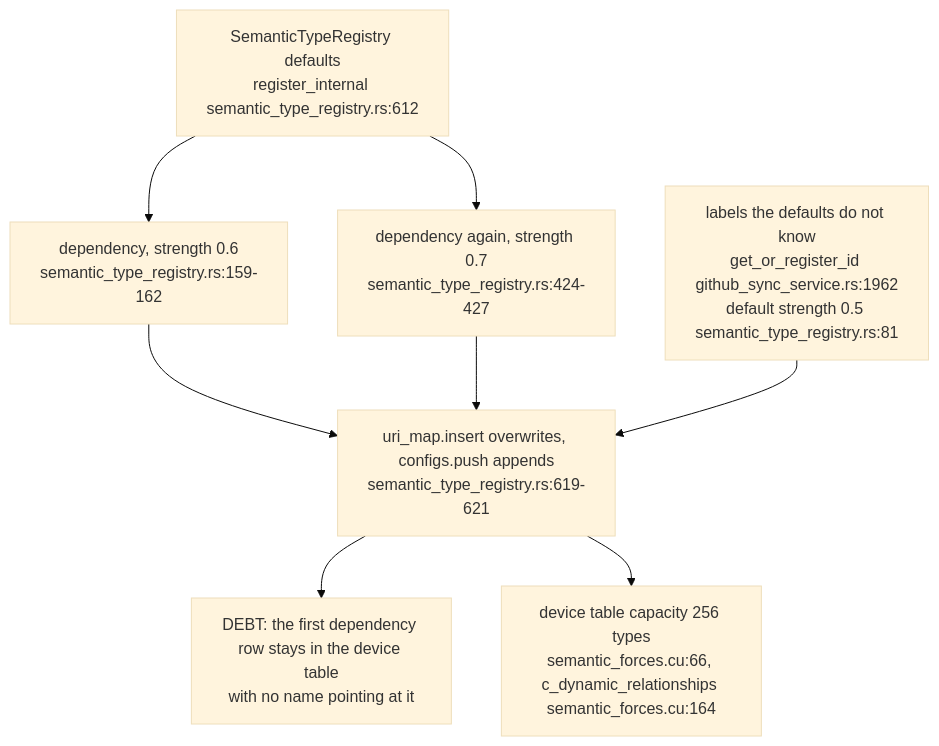
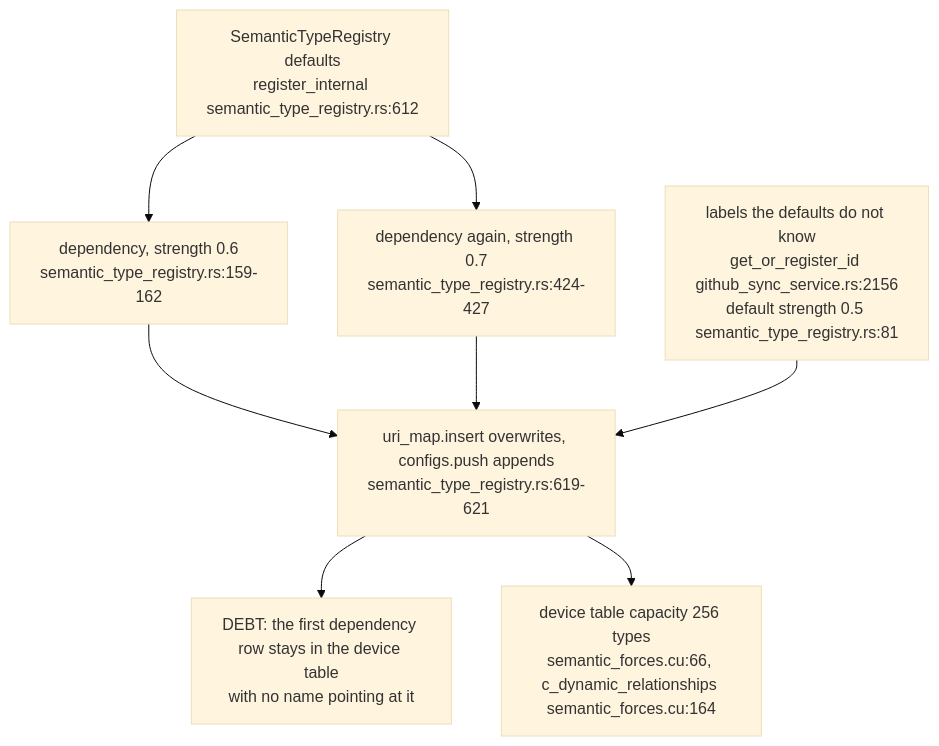
Before and after one commit to DreamLab-AI/VisionFlow: the fifth of 5 diagrams in docs/diagrams/visionclaw/58-corpus-page-to-gpu-edge.md, drawn with Mermaid (base theme). The commit also changed other lines of this file and 3 other files, not shown here.

First line of the commit message:
docs(diagrams): roll VC-58..61 to visionclaw main 010e1109b (PR 37 and 38 merged)

````diff
--- a/docs/diagrams/visionclaw/58-corpus-page-to-gpu-edge.md
+++ b/docs/diagrams/visionclaw/58-corpus-page-to-gpu-edge.md
@@ -131,10 +131,10 @@
 ```mermaid
 flowchart TB
     NEW["SemanticTypeRegistry defaults<br/>register_internal semantic_type_registry.rs:612"] --> D1["dependency, strength 0.6<br/>semantic_type_registry.rs:159-162"]
     NEW --> D2["dependency again, strength 0.7<br/>semantic_type_registry.rs:424-427"]
     D1 --> MAP["uri_map.insert overwrites, configs.push appends<br/>semantic_type_registry.rs:619-621"]
     D2 --> MAP
     MAP --> ORPH["DEBT: the first dependency row stays in the device table<br/>with no name pointing at it"]
-    AUTO["labels the defaults do not know<br/>get_or_register_id github_sync_service.rs:1962<br/>default strength 0.5 semantic_type_registry.rs:81"] --> MAP
+    AUTO["labels the defaults do not know<br/>get_or_register_id github_sync_service.rs:2156<br/>default strength 0.5 semantic_type_registry.rs:81"] --> MAP
     MAP --> CAP["device table capacity 256 types<br/>semantic_forces.cu:66, c_dynamic_relationships semantic_forces.cu:164"]
 ```
````
